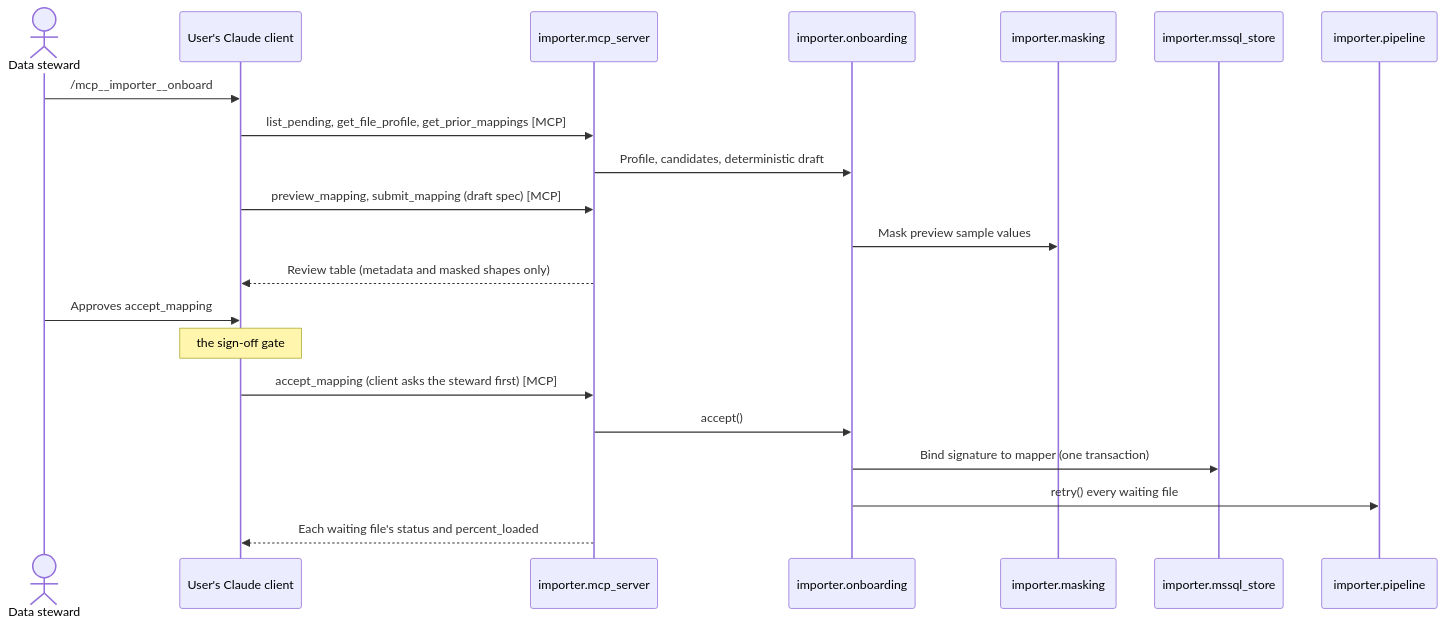
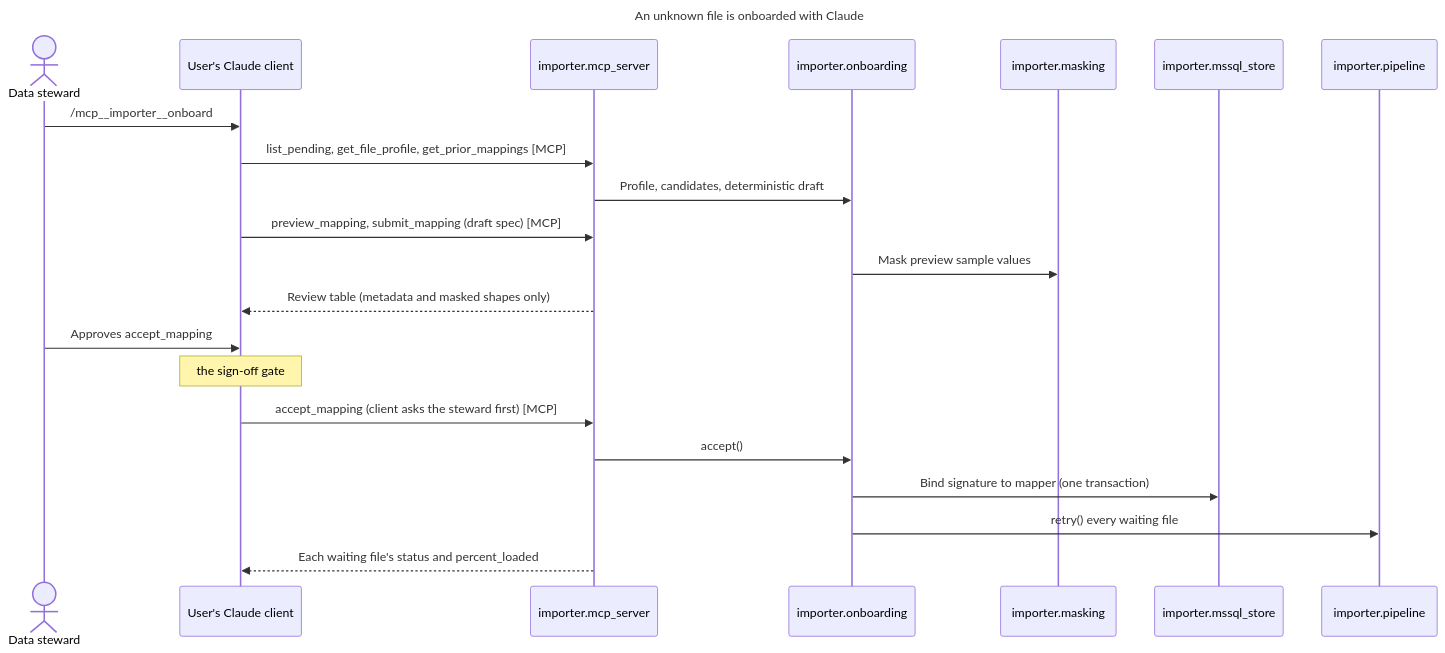
Before and after one commit to SqlDataSpire/AIDataImportAgentMCP: the eighth of 10 diagrams in docs/architecture/c4/ArchitectureReport.md, drawn with Mermaid. The commit also changed other lines of this file and 30 other files, not shown here.

Commit message:
docs(architecture): refresh C4 diagrams to v3.5.1 and add ArchitectureReview.md

````diff
--- a/docs/architecture/c4/ArchitectureReport.md
+++ b/docs/architecture/c4/ArchitectureReport.md
@@ -407,23 +541,26 @@
 ```mermaid
+---
+title: "An unknown file is onboarded with Claude"
+---
 sequenceDiagram
     actor steward as Data steward
     participant claude_client as User's Claude client
     participant importer_mcp_server as importer.mcp_server
     participant importer_onboarding as importer.onboarding
     participant importer_masking as importer.masking
     participant importer_mssql_store as importer.mssql_store
     participant importer_pipeline as importer.pipeline
     steward->>claude_client: /mcp__importer__onboard
     claude_client->>importer_mcp_server: list_pending, get_file_profile, get_prior_mappings [MCP]
     importer_mcp_server->>importer_onboarding: Profile, candidates, deterministic draft
     claude_client->>importer_mcp_server: preview_mapping, submit_mapping (draft spec) [MCP]
     importer_onboarding->>importer_masking: Mask preview sample values
     importer_mcp_server-->>claude_client: Review table (metadata and masked shapes only)
     steward->>claude_client: Approves accept_mapping
     Note over claude_client: the sign-off gate
     claude_client->>importer_mcp_server: accept_mapping (client asks the steward first) [MCP]
     importer_mcp_server->>importer_onboarding: accept()
     importer_onboarding->>importer_mssql_store: Bind signature to mapper (one transaction)
     importer_onboarding->>importer_pipeline: retry() every waiting file
     importer_mcp_server-->>claude_client: Each waiting file's status and percent_loaded
 ```
````
